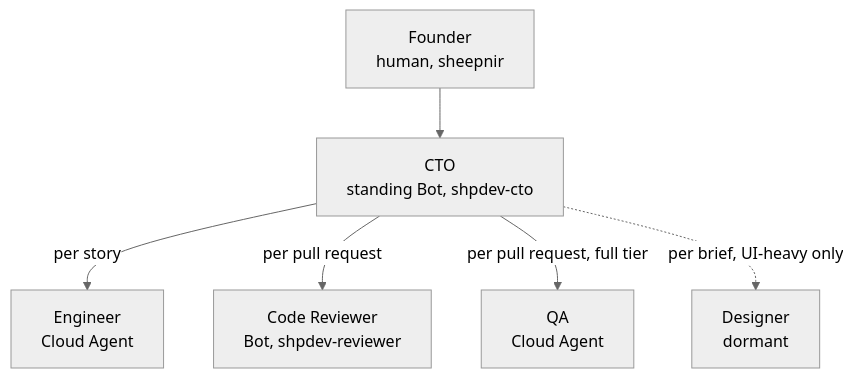
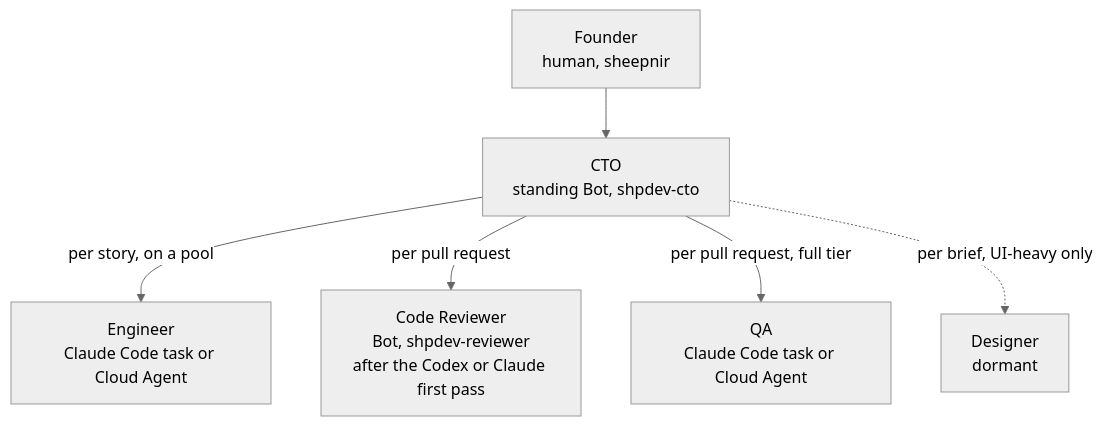
One commit to sheepnir/GrokBot_DevFlow changed the first of 2 diagrams in README.md. Above: the diagram before and after it, drawn with Mermaid (neutral theme). The commit also changed other lines of this file and 14 other files, not shown here.

First line of the commit message:
SM-022: Claude Code and Codex subscriptions as executor pools (#23)

````diff
--- a/README.md
+++ b/README.md
@@ -13,8 +13,8 @@
 ```mermaid
 flowchart TD
     Founder["Founder<br>human, sheepnir"] --> CTO["CTO<br>standing Bot, shpdev-cto"]
-    CTO -->|per story| ENG["Engineer<br>Cloud Agent"]
-    CTO -->|per pull request| CR["Code Reviewer<br>Bot, shpdev-reviewer"]
-    CTO -->|per pull request, full tier| QA["QA<br>Cloud Agent"]
+    CTO -->|per story, on a pool| ENG["Engineer<br>Claude Code task or Cloud Agent"]
+    CTO -->|per pull request| CR["Code Reviewer<br>Bot, shpdev-reviewer<br>after the Codex or Claude first pass"]
+    CTO -->|per pull request, full tier| QA["QA<br>Claude Code task or Cloud Agent"]
     CTO -.->|per brief, UI-heavy only| UX["Designer<br>dormant"]
 ```
````
